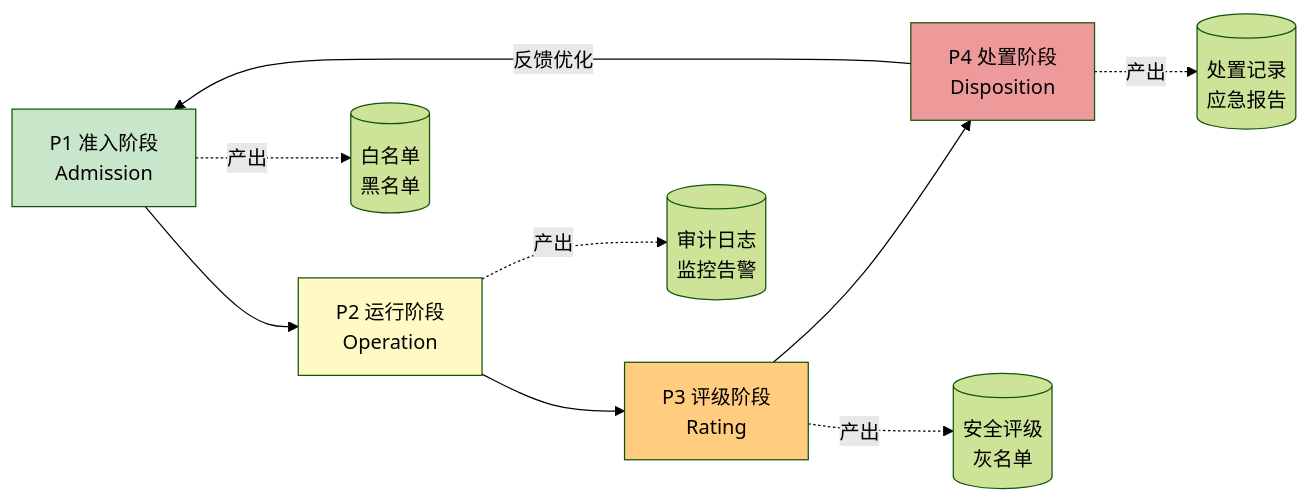
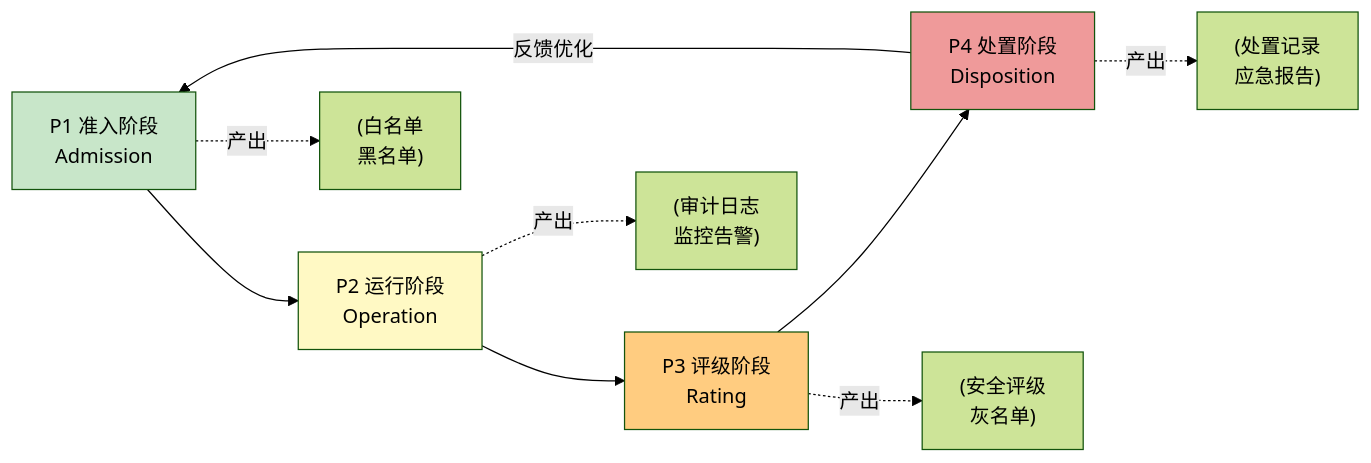
The diagram in docs/retrospective/patterns/methodology-patterns/governance-strategy/vendor-lifecycle-governance.md (xinetzone/SpecWeave), drawn with Mermaid (forest theme) before and after one commit. The commit also changed 107 other files, not shown here.

First line of the commit message:
style(mermaid): check-mermaid --fix自动修复-移除空行+补充引号+subgraph标签

````diff
--- a/docs/retrospective/patterns/methodology-patterns/governance-strategy/vendor-lifecycle-governance.md
+++ b/docs/retrospective/patterns/methodology-patterns/governance-strategy/vendor-lifecycle-governance.md
@@ -27,17 +27,15 @@
 ```mermaid
 flowchart LR
-    P1[P1 准入阶段<br/>Admission] --> P2[P2 运行阶段<br/>Operation]
-    P2 --> P3[P3 评级阶段<br/>Rating]
-    P3 --> P4[P4 处置阶段<br/>Disposition]
-    P4 -->|反馈优化| P1
-    
-    P1 -.->|产出| WL[(白名单<br/>黑名单)]
-    P2 -.->|产出| LOGS[(审计日志<br/>监控告警)]
-    P3 -.->|产出| RATING[(安全评级<br/>灰名单)]
-    P4 -.->|产出| INCIDENT[(处置记录<br/>应急报告)]
-    
+    P1["P1 准入阶段<br/>Admission"] --> P2["P2 运行阶段<br/>Operation"]
+    P2 --> P3["P3 评级阶段<br/>Rating"]
+    P3 --> P4["P4 处置阶段<br/>Disposition"]
+    P4 -->|"反馈优化"| P1
+    P1 -.->|"产出"| WL["(白名单<br/>黑名单)"]
+    P2 -.->|"产出"| LOGS["(审计日志<br/>监控告警)"]
+    P3 -.->|"产出"| RATING["(安全评级<br/>灰名单)"]
+    P4 -.->|"产出"| INCIDENT["(处置记录<br/>应急报告)"]
     style P1 fill:#c8e6c9
     style P2 fill:#fff9c4
     style P3 fill:#ffcc80
     style P4 fill:#ef9a9a
 ```
````
